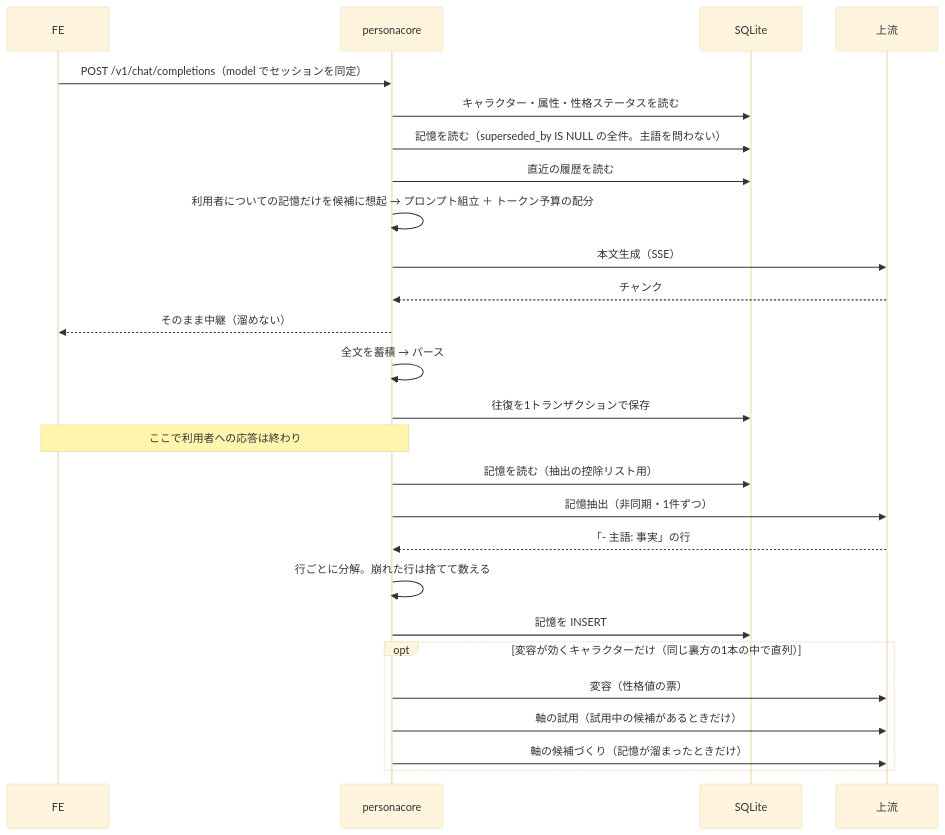
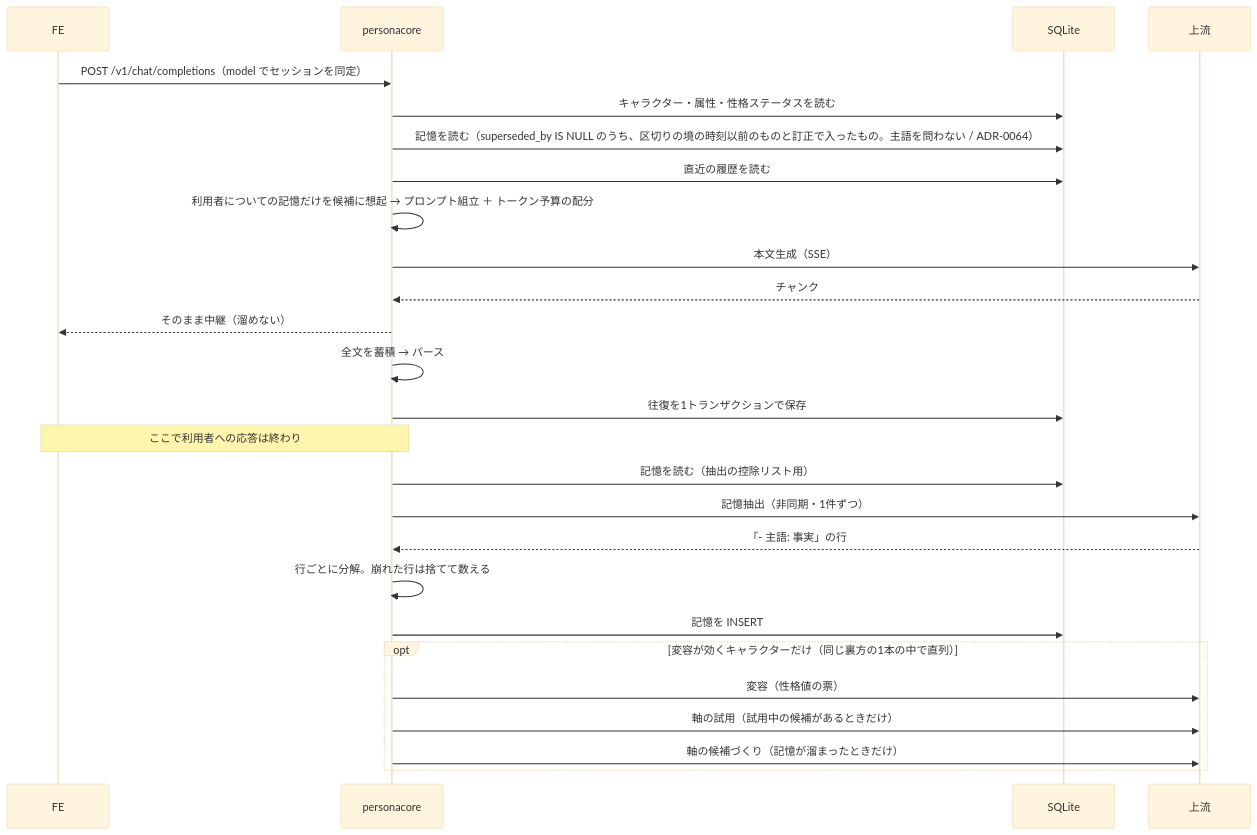
The diagram in docs/02-architecture.md (marukei/personacore), drawn with Mermaid (base theme) before and after one commit. The commit also changed other lines of this file and 23 other files, not shown here.

````diff
--- a/docs/02-architecture.md
+++ b/docs/02-architecture.md
@@ -52,30 +54,30 @@
 ```mermaid
 sequenceDiagram
     participant FE
     participant PC as personacore
     participant DB as SQLite
     participant LM as 上流
 
     FE->>PC: POST /v1/chat/completions（model でセッションを同定）
     PC->>DB: キャラクター・属性・性格ステータスを読む
-    PC->>DB: 記憶を読む（superseded_by IS NULL の全件。主語を問わない）
+    PC->>DB: 記憶を読む（superseded_by IS NULL のうち、区切りの境の時刻以前のものと訂正で入ったもの。主語を問わない / ADR-0064）
     PC->>DB: 直近の履歴を読む
     PC->>PC: 利用者についての記憶だけを候補に想起 → プロンプト組立 ＋ トークン予算の配分
     PC->>LM: 本文生成（SSE）
     LM-->>PC: チャンク
     PC-->>FE: そのまま中継（溜めない）
     PC->>PC: 全文を蓄積 → パース
     PC->>DB: 往復を1トランザクションで保存
     Note over PC,FE: ここで利用者への応答は終わり
 
     PC->>DB: 記憶を読む（抽出の控除リスト用）
     PC->>LM: 記憶抽出（非同期・1件ずつ）
     LM-->>PC: 「- 主語: 事実」の行
     PC->>PC: 行ごとに分解。崩れた行は捨てて数える
     PC->>DB: 記憶を INSERT
     opt 変容が効くキャラクターだけ（同じ裏方の1本の中で直列）
         PC->>LM: 変容（性格値の票）
         PC->>LM: 軸の試用（試用中の候補があるときだけ）
         PC->>LM: 軸の候補づくり（記憶が溜まったときだけ）
     end
 ```
````
